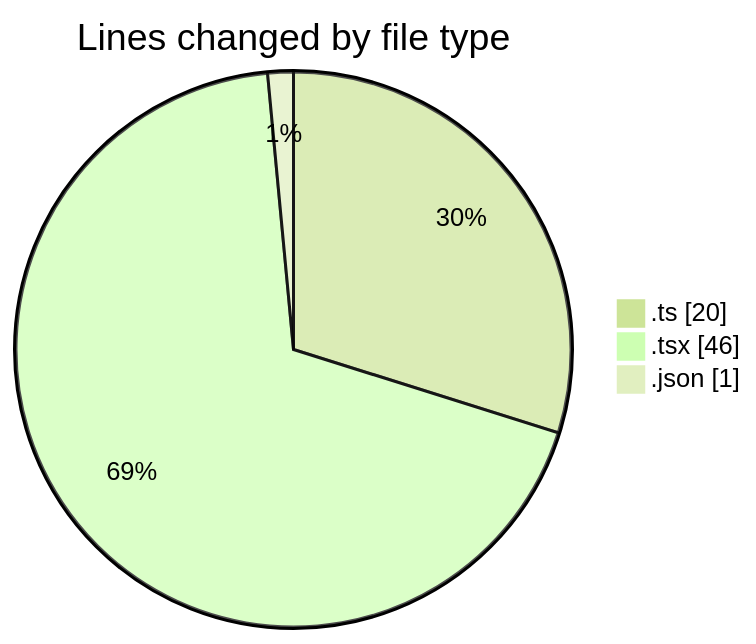
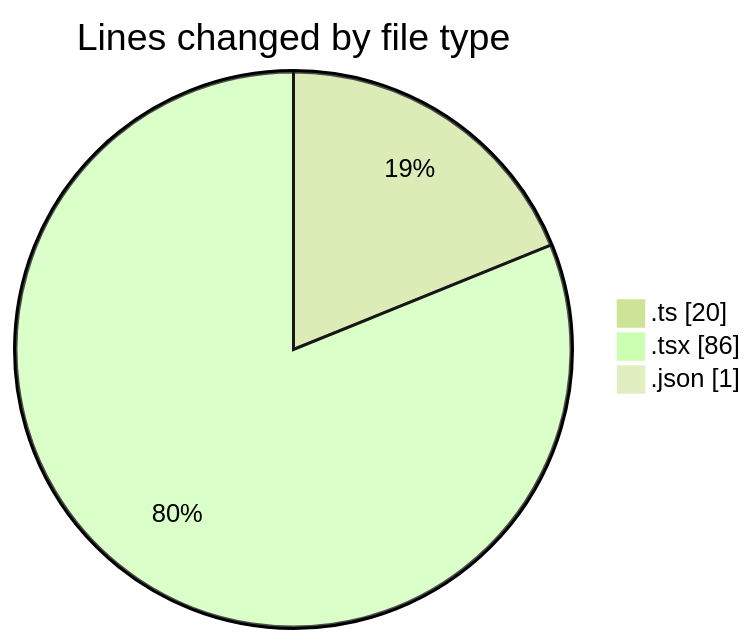
The first of 2 diagrams in 2025-02-27/area-formacao-web/README.md (robertbonfada/code-tracking), drawn with Mermaid (forest theme) before and after one commit. The commit also changed other lines of this file and 1 other file, not shown here.

````diff
--- a/2025-02-27/area-formacao-web/README.md
+++ b/2025-02-27/area-formacao-web/README.md
@@ -23,7 +24,7 @@
 ```mermaid
 pie showData
 title Lines changed by file type
 ".ts" : 20
-".tsx" : 46
+".tsx" : 86
 ".json" : 1
 ```
````
